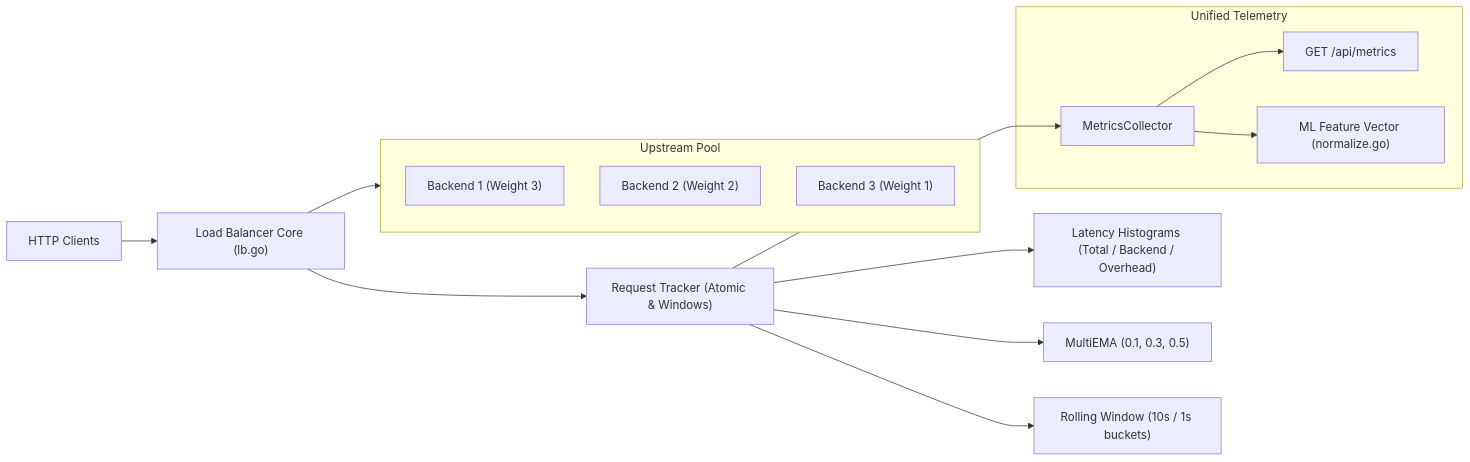
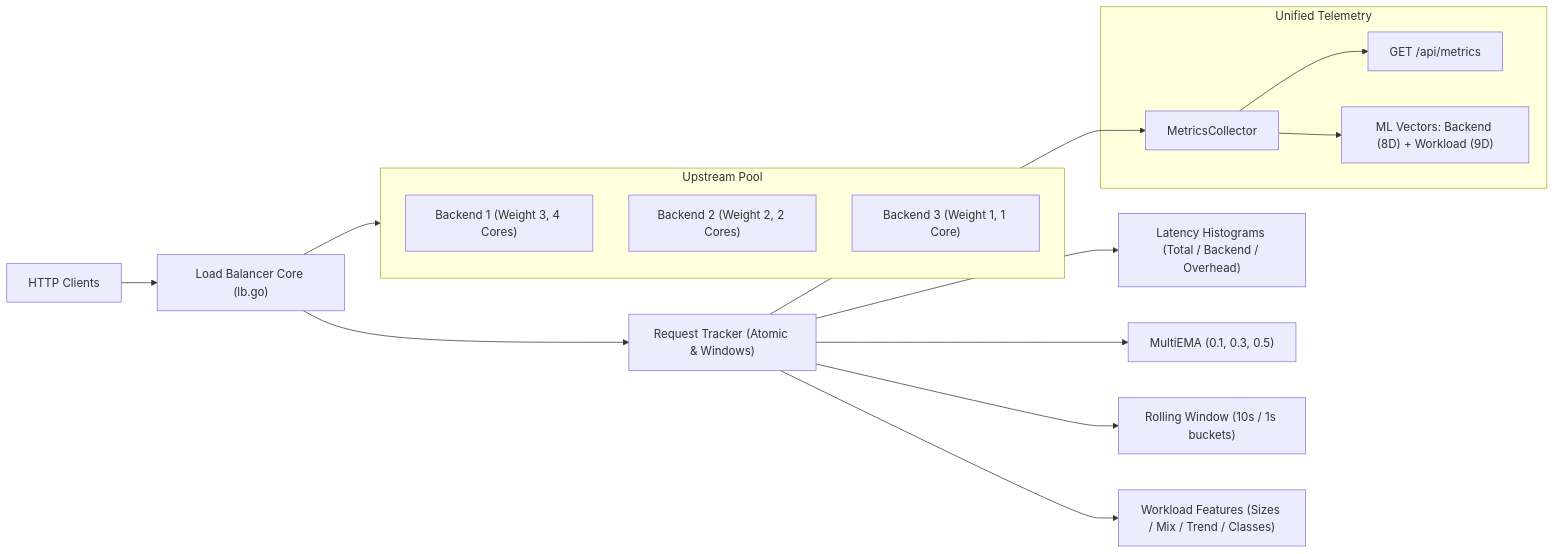
The second of 2 diagrams in documentation.md (Protham1/adaptive-load-balancer-go), drawn with Mermaid before and after one commit. The commit also changed other lines of this file and 7 other files, not shown here.

Commit message:
feat(phase-3): backend capacity features, empirical benchmark validation, workload features, and bounded tracking

````diff
--- a/documentation.md
+++ b/documentation.md
@@ -206,26 +288,27 @@
 ```mermaid
 flowchart LR
     Client["HTTP Clients"] --> LB["Load Balancer Core (lb.go)"]
     LB --> Tracker["Request Tracker (Atomic & Windows)"]
     Tracker --> Hist["Latency Histograms (Total / Backend / Overhead)"]
     Tracker --> EMA["MultiEMA (0.1, 0.3, 0.5)"]
     Tracker --> Win["Rolling Window (10s / 1s buckets)"]
+    Tracker --> Workload["Workload Features (Sizes / Mix / Trend / Classes)"]
     
     subgraph Upstream["Upstream Pool"]
-        B1["Backend 1 (Weight 3)"]
-        B2["Backend 2 (Weight 2)"]
-        B3["Backend 3 (Weight 1)"]
+        B1["Backend 1 (Weight 3, 4 Cores)"]
+        B2["Backend 2 (Weight 2, 2 Cores)"]
+        B3["Backend 3 (Weight 1, 1 Core)"]
     end
     
     LB --> Upstream
     
     subgraph Telemetry["Unified Telemetry"]
         Collector["MetricsCollector"]
         API["GET /api/metrics"]
-        Vector["ML Feature Vector (normalize.go)"]
+        Vector["ML Vectors: Backend (8D) + Workload (9D)"]
     end
     
     Tracker --> Collector
     Collector --> API
     Collector --> Vector
 ```
````
